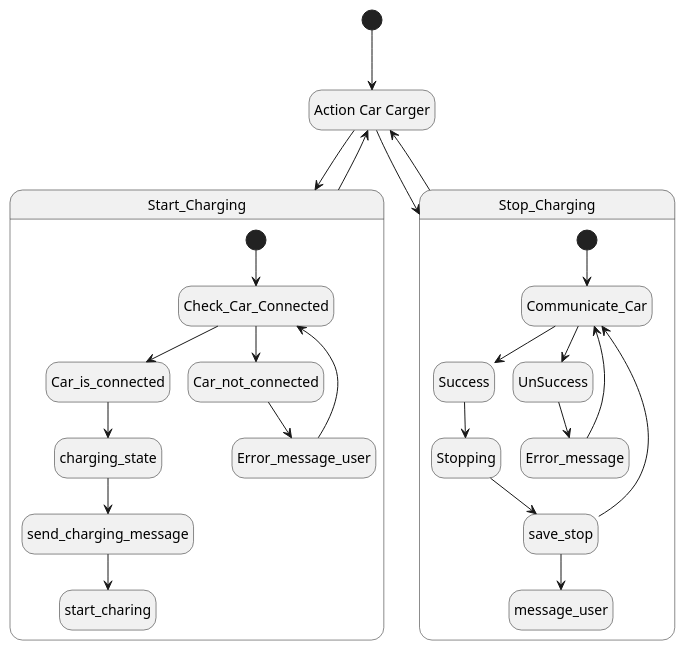
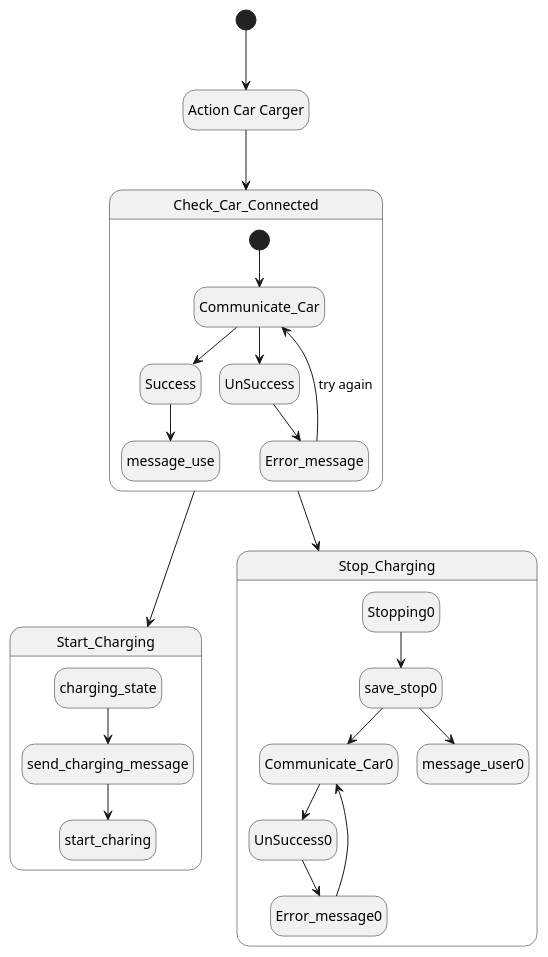
Before and after one commit to StefanBStrand/SETGruppe11HIOF: the diagram in Diagrams/ActionCarCharger.puml, drawn with PlantUML.

Commit message:
Endret tilstander plasseringer i carcharger tilstandsdiagram.

```diff
--- a/Diagrams/ActionCarCharger.puml
+++ b/Diagrams/ActionCarCharger.puml
@@ -1,41 +1,41 @@
 @startuml
 'https://plantuml.com/state-diagram
 
 hide empty description
 
 state "Action Car Carger" as actioncarcharg
 [*] --> actioncarcharg
 
+state Check_Car_Connected {
+[*] --> Communicate_Car
+Communicate_Car --> Success
+Communicate_Car --> UnSuccess
+UnSuccess --> Error_message
+Error_message --> Communicate_Car : try again
+Success --> message_use
+}
+
 
 
 state Start_Charging {
-[*] --> Check_Car_Connected
-Check_Car_Connected --> Car_is_connected
-Check_Car_Connected --> Car_not_connected
-Car_not_connected --> Error_message_user
-Error_message_user --> Check_Car_Connected
-Car_is_connected --> charging_state
 charging_state --> send_charging_message
 send_charging_message --> start_charing
 }
 
 state Stop_Charging {
-[*] --> Communicate_Car
-Communicate_Car --> Success
-Success --> Stopping
-Stopping --> save_stop
-save_stop --> Communicate_Car
-save_stop --> message_user
-Communicate_Car --> UnSuccess
-UnSuccess --> Error_message
-Error_message --> Communicate_Car
+
+Stopping0 --> save_stop0
+save_stop0 --> Communicate_Car0
+save_stop0 --> message_user0
+Communicate_Car0 --> UnSuccess0
+UnSuccess0 --> Error_message0
+Error_message0 --> Communicate_Car0
 }
 
-actioncarcharg --> Start_Charging
-Start_Charging --> actioncarcharg
-actioncarcharg --> Stop_Charging
-Stop_Charging --> actioncarcharg
+actioncarcharg --> Check_Car_Connected
+Check_Car_Connected --> Start_Charging
+Check_Car_Connected --> Stop_Charging
 
 
 
 @enduml
```
